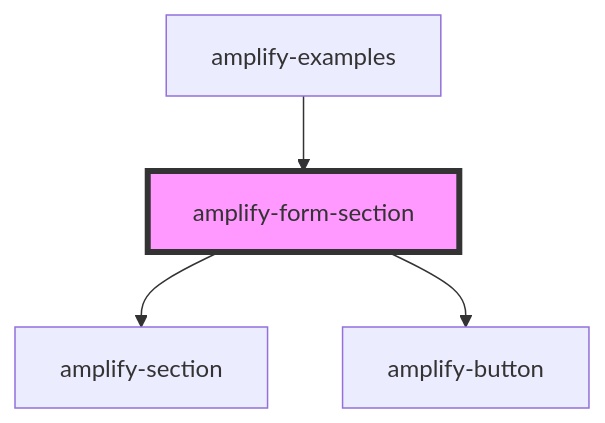
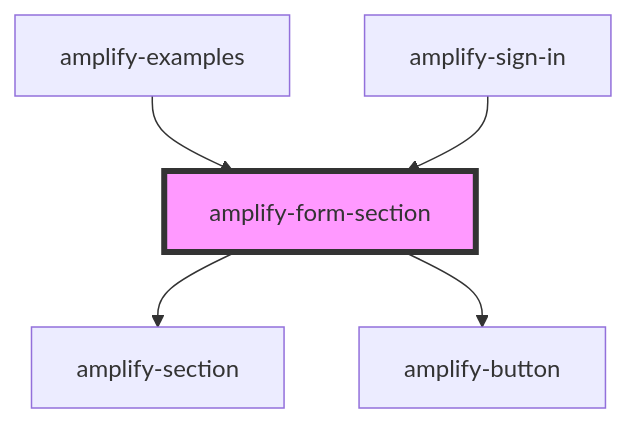
One commit to aws-amplify/amplify-js changed the diagram in packages/amplify-ui-components/src/components/amplify-form-section/readme.md. Above: the diagram before and after it, drawn with Mermaid. The commit also changed other lines of this file and 9 other files, not shown here.

````diff
--- a/packages/amplify-ui-components/src/components/amplify-form-section/readme.md
+++ b/packages/amplify-ui-components/src/components/amplify-form-section/readme.md
@@ -30,7 +31,8 @@
 ```mermaid
 graph TD;
   amplify-form-section --> amplify-section
   amplify-form-section --> amplify-button
   amplify-examples --> amplify-form-section
+  amplify-sign-in --> amplify-form-section
   style amplify-form-section fill:#f9f,stroke:#333,stroke-width:4px
 ```
````
